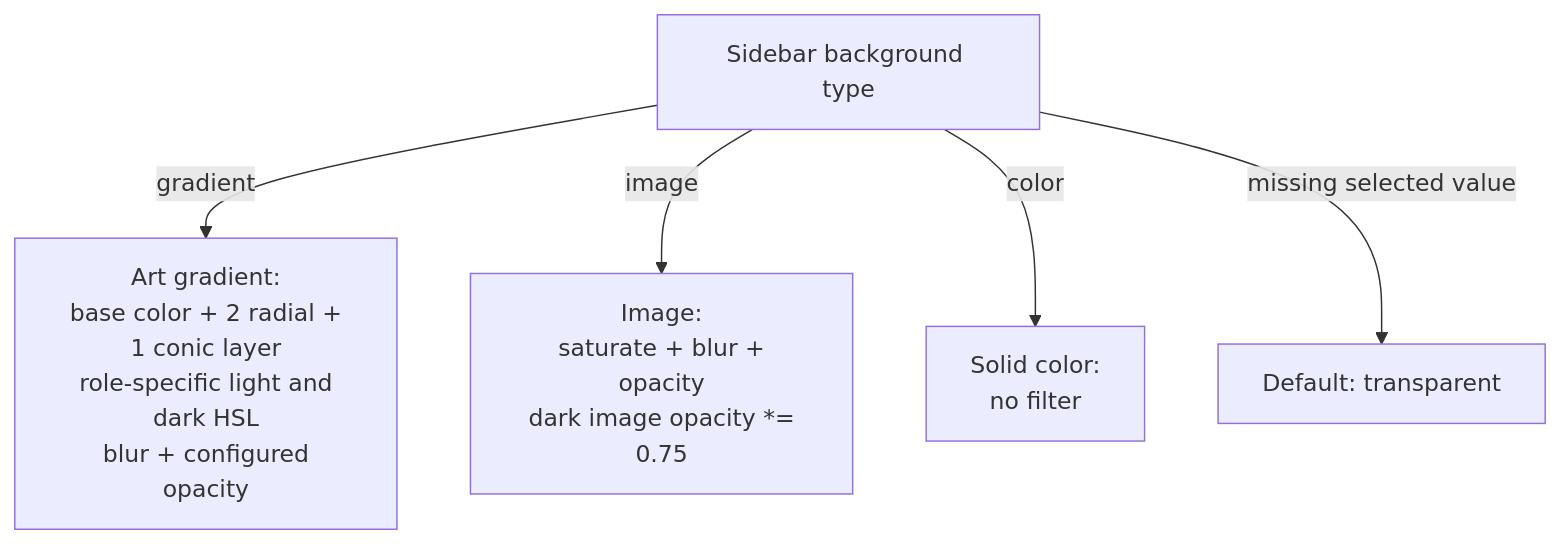
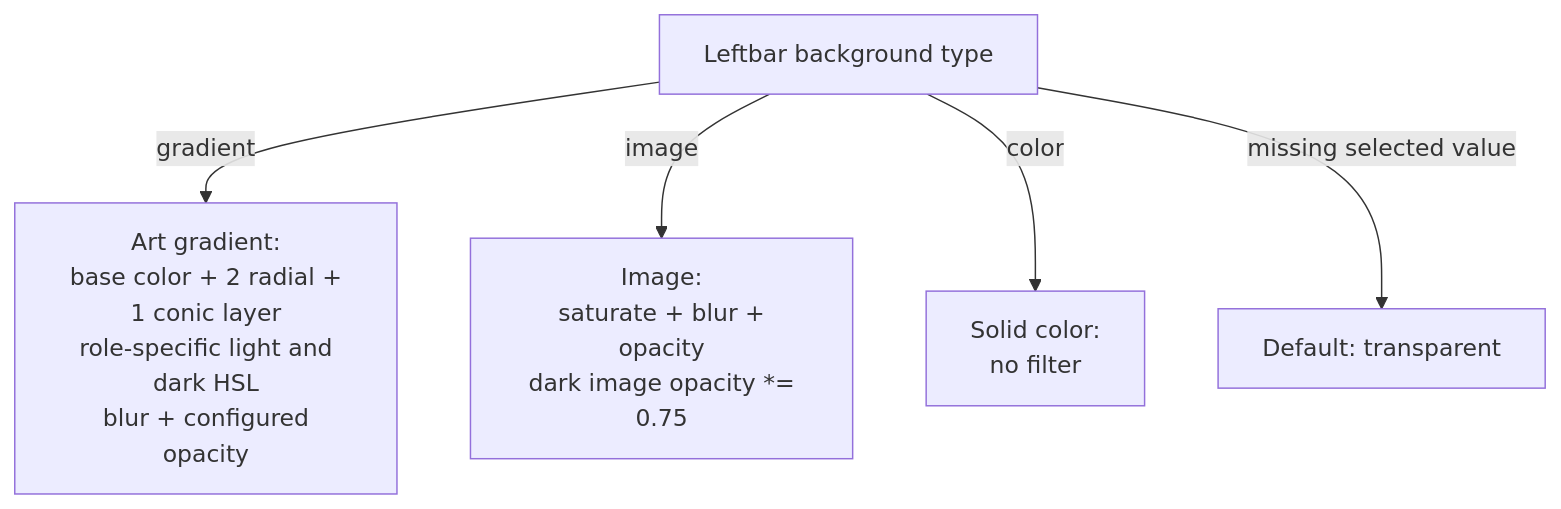
The fourth of 5 diagrams in docs/knowledge/01-样式系统/colors-dark-mode.md (xaoxuu/hexo-theme-stellar), drawn with Mermaid before and after one commit. The commit also changed other lines of this file and 287 other files, not shown here.

````diff
--- a/docs/knowledge/01-样式系统/colors-dark-mode.md
+++ b/docs/knowledge/01-样式系统/colors-dark-mode.md
@@ -266,19 +266,19 @@
 ```mermaid
 flowchart TD
-    START[""Sidebar background type""]
+    START[""Leftbar background type""]
     GRADIENT[""Art gradient:
  base color + 2 radial + 1 conic layer
  role-specific light and dark HSL
  blur + configured opacity""]
     IMG[""Image:
  saturate + blur + opacity
  dark image opacity *= 0.75""]
     COLOR[""Solid color:
  no filter""]
     NONE[""Default: transparent""]
 
     START -->|"gradient"| GRADIENT
     START -->|"image"| IMG
     START -->|"color"| COLOR
     START -->|"missing selected value"| NONE
 ```
````
